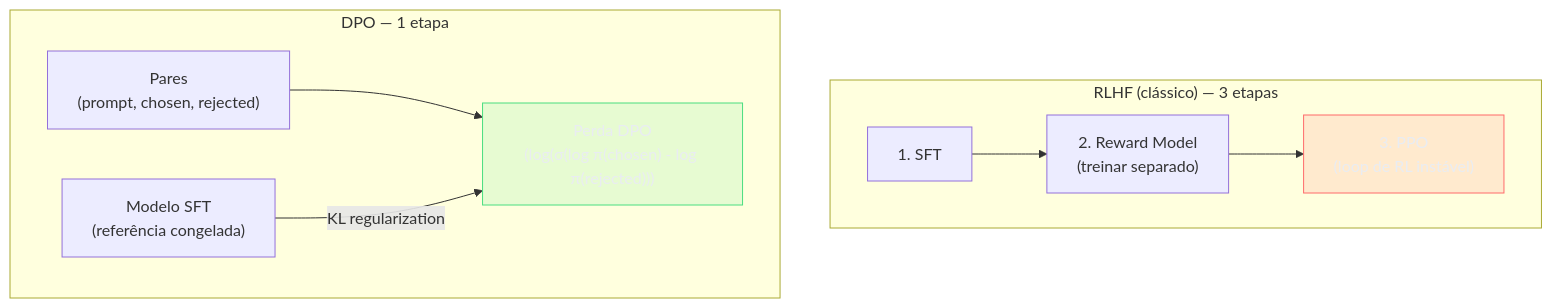
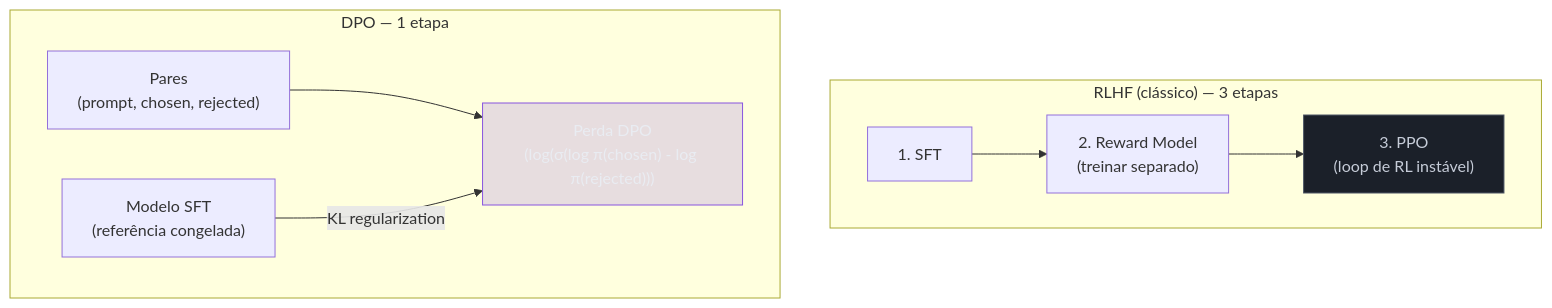
One commit to josenaldo/codex-technomanticus changed the third of 4 diagrams in 03-Dominios/Tecnologia/IA/Anatomia dos LLMs/21 - Fine-tuning na prática — LoRA, QLoRA, DPO.md. Above: the diagram before and after it, drawn with Mermaid. The commit also changed other lines of this file and 601 other files, not shown here.

````diff
--- a/03-Dominios/Tecnologia/IA/Anatomia dos LLMs/21 - Fine-tuning na prática — LoRA, QLoRA, DPO.md
+++ b/03-Dominios/Tecnologia/IA/Anatomia dos LLMs/21 - Fine-tuning na prática — LoRA, QLoRA, DPO.md
@@ -135,20 +135,20 @@
 ```mermaid
 graph TD
-    classDef falha fill:#FF6B6B24,stroke:#FF6B6B,color:#E9ECF2
-    classDef ok fill:#4ADE8021,stroke:#4ADE80,color:#E9ECF2
+    classDef marca fill:#8855DF33,stroke:#8855DF,color:#E9ECF2
+    classDef neutro fill:#1B2029,stroke:#4E5666,color:#C6CCD8
     subgraph "RLHF (clássico) — 3 etapas"
         SFT_A["1. SFT"]
         RM["2. Reward Model\n(treinar separado)"]
         PPO["3. PPO\n(loop de RL instável)"]
         SFT_A --> RM --> PPO
     end
     subgraph "DPO — 1 etapa"
         DATA["Pares\n(prompt, chosen, rejected)"]
         DPO_LOSS["Perda DPO\n(log(σ(log π(chosen) - log π(rejected)))"]
         SFT_B["Modelo SFT\n(referência congelada)"]
         DATA --> DPO_LOSS
         SFT_B -- "KL regularization" --> DPO_LOSS
     end
-    class PPO falha
-    class DPO_LOSS ok
+    class PPO neutro
+    class DPO_LOSS marca
 ```
````
